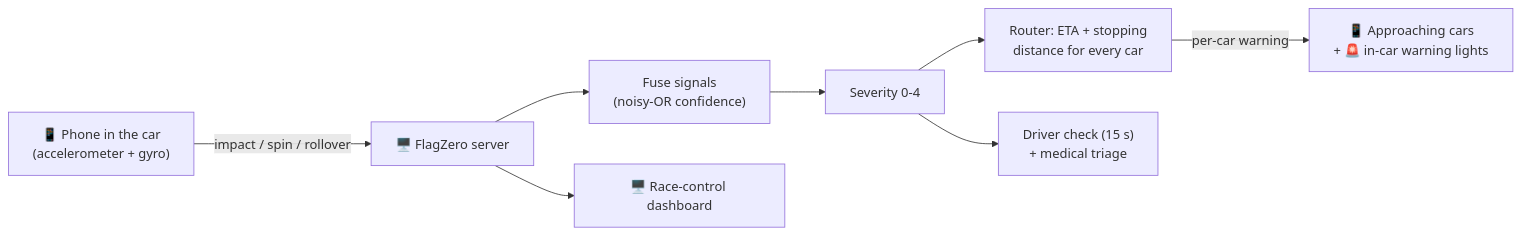
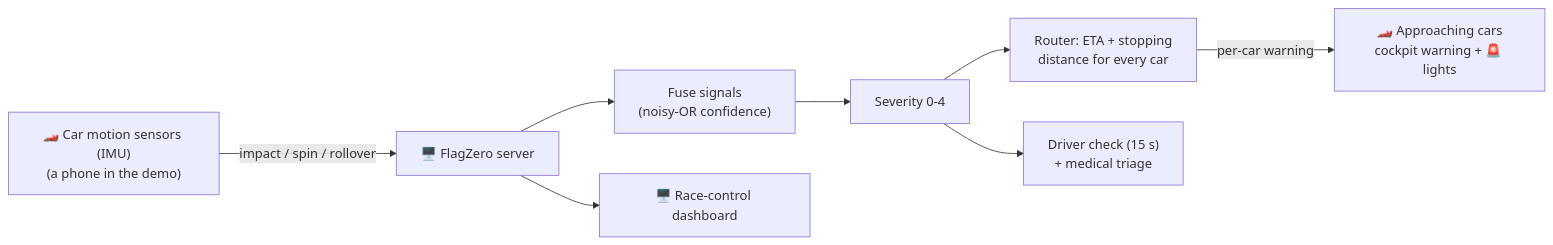
The diagram in README.md (anshikabindlish/FlagZero), drawn with Mermaid before and after one commit. The commit also changed other lines of this file, not shown here.

First line of the commit message:
README: project-focused rewrite of the intro, sensors framed as the car's own

````diff
--- a/README.md
+++ b/README.md
@@ -53,10 +59,10 @@
 ```mermaid
 flowchart LR
-    P["📱 Phone in the car<br/>(accelerometer + gyro)"] -->|impact / spin / rollover| S
+    P["🏎️ Car motion sensors (IMU)<br/>(a phone in the demo)"] -->|impact / spin / rollover| S
     S["🖥️ FlagZero server"] --> F["Fuse signals<br/>(noisy-OR confidence)"]
     F --> V["Severity 0-4"]
     V --> R["Router: ETA + stopping<br/>distance for every car"]
-    R -->|per-car warning| C["📱 Approaching cars<br/>+ 🚨 in-car warning lights"]
+    R -->|per-car warning| C["🏎️ Approaching cars<br/>cockpit warning + 🚨 lights"]
     V --> M["Driver check (15 s)<br/>+ medical triage"]
     S --> D["🖥️ Race-control dashboard"]
 ```
````
